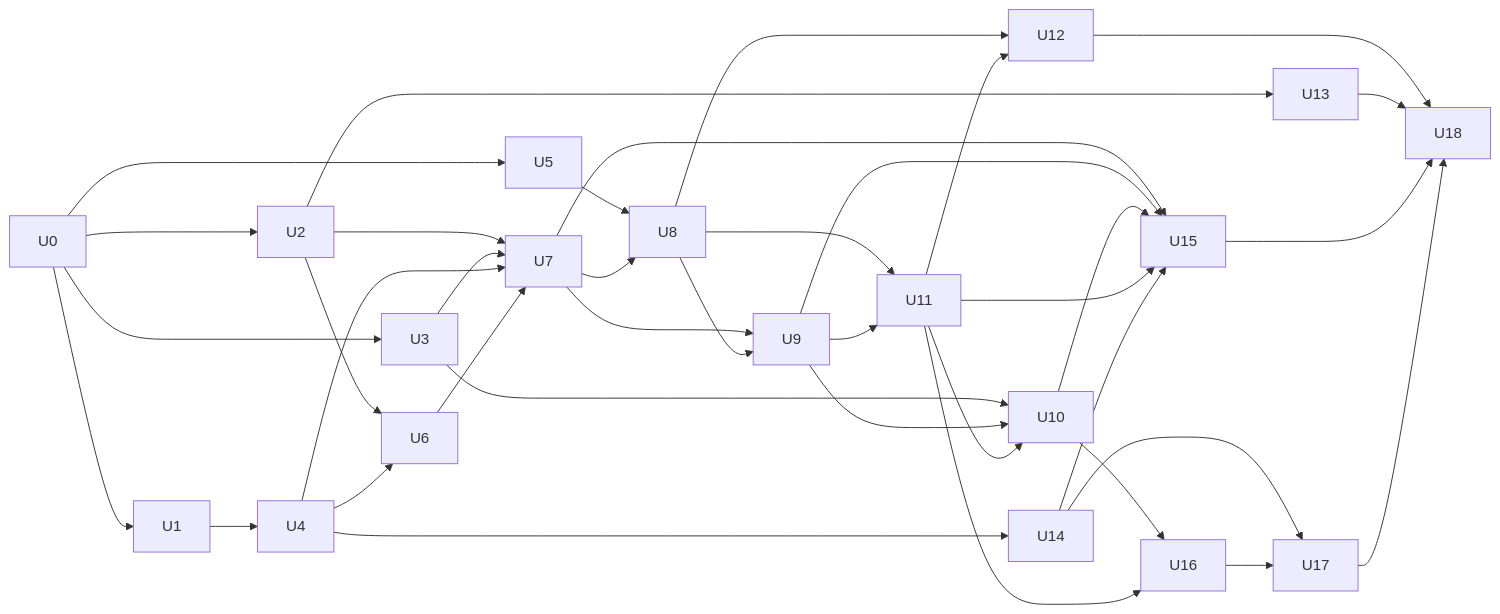
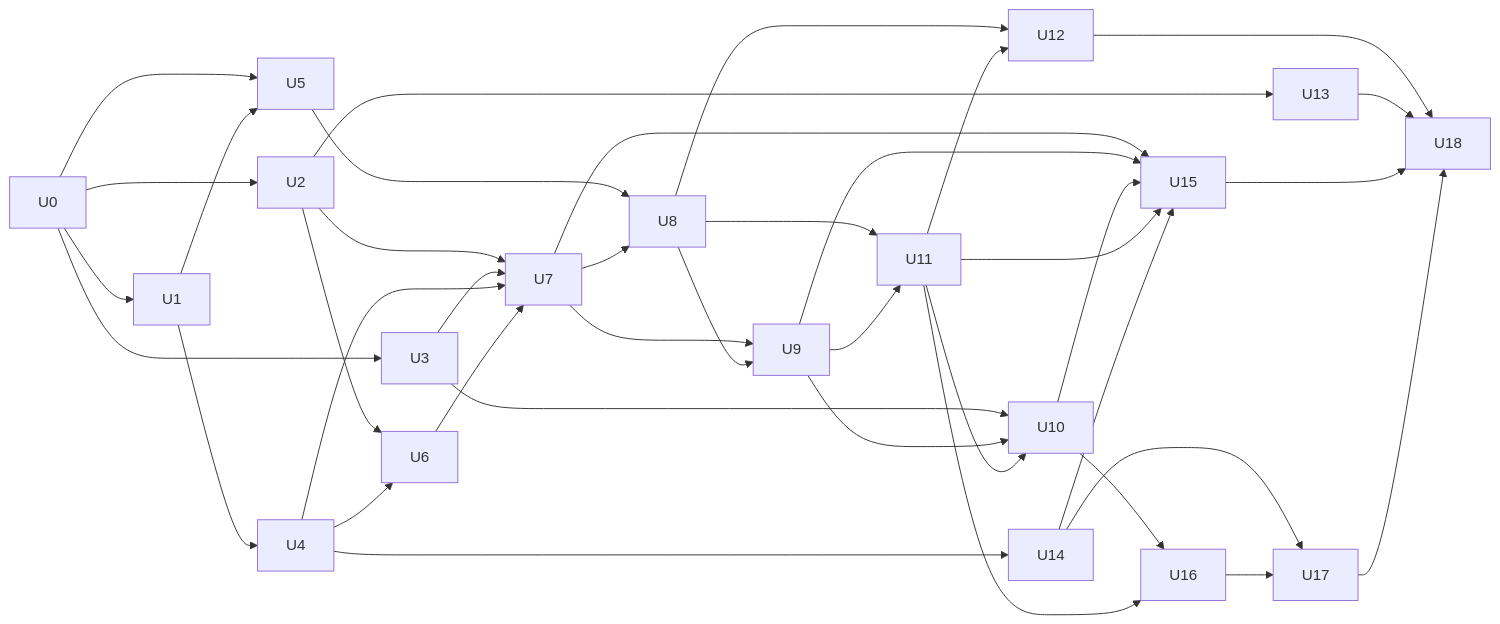
Before and after one commit to zishon89us/polyglot-sales-agent: the diagram in docs/plans/m3-ai-core.md, drawn with Mermaid. The commit also changed other lines of this file and 7 other files, not shown here.

````diff
--- a/docs/plans/m3-ai-core.md
+++ b/docs/plans/m3-ai-core.md
@@ -180,40 +180,41 @@
 ```mermaid
 flowchart LR
     U0 --> U1
     U0 --> U2
     U0 --> U3
     U0 --> U5
+    U1 --> U5
     U1 --> U4
     U2 --> U6
     U4 --> U6
     U2 --> U7
     U3 --> U7
     U4 --> U7
     U6 --> U7
     U5 --> U8
     U7 --> U8
     U7 --> U9
     U8 --> U9
     U8 --> U11
     U9 --> U11
     U3 --> U10
     U9 --> U10
     U11 --> U10
     U8 --> U12
     U11 --> U12
     U2 --> U13
     U4 --> U14
     U7 --> U15
     U9 --> U15
     U10 --> U15
     U11 --> U15
     U14 --> U15
     U10 --> U16
     U11 --> U16
     U14 --> U17
     U16 --> U17
     U12 --> U18
     U13 --> U18
     U15 --> U18
     U17 --> U18
 ```
````
